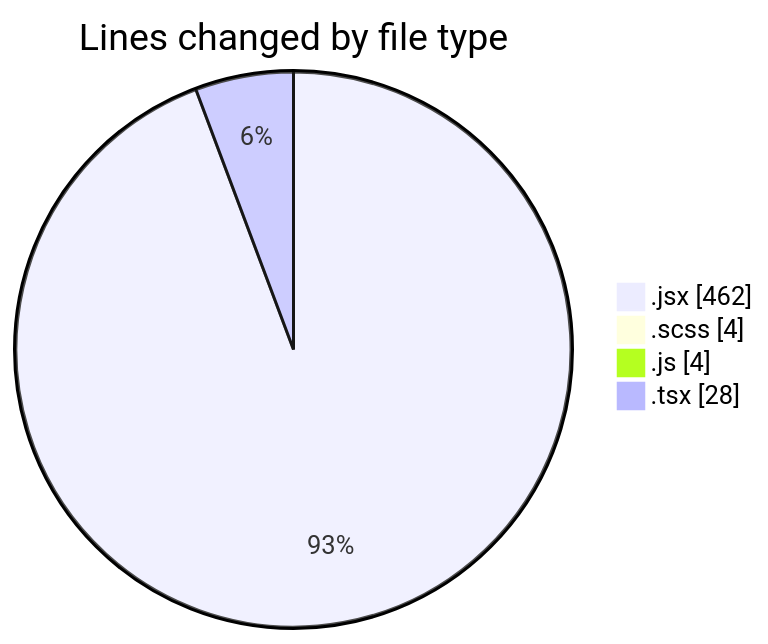
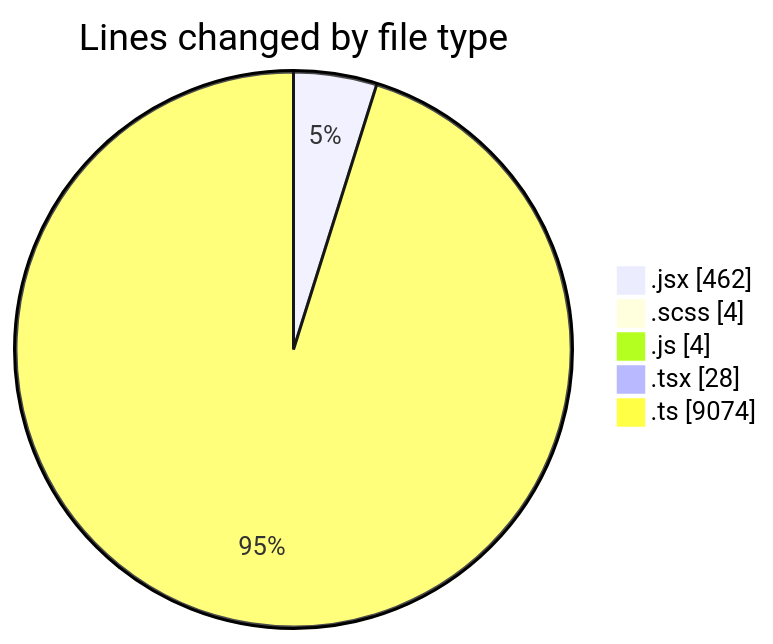
The first of 2 diagrams in 2025-06-04/cda/README.md (momahboobian/code-tracking), drawn with Mermaid before and after one commit. The commit also changed other lines of this file and 1 other file, not shown here.

````diff
--- a/2025-06-04/cda/README.md
+++ b/2025-06-04/cda/README.md
@@ -24,8 +25,9 @@
 ```mermaid
 pie showData
 title Lines changed by file type
 ".jsx" : 462
 ".scss" : 4
 ".js" : 4
 ".tsx" : 28
+".ts" : 9074
 ```
````
